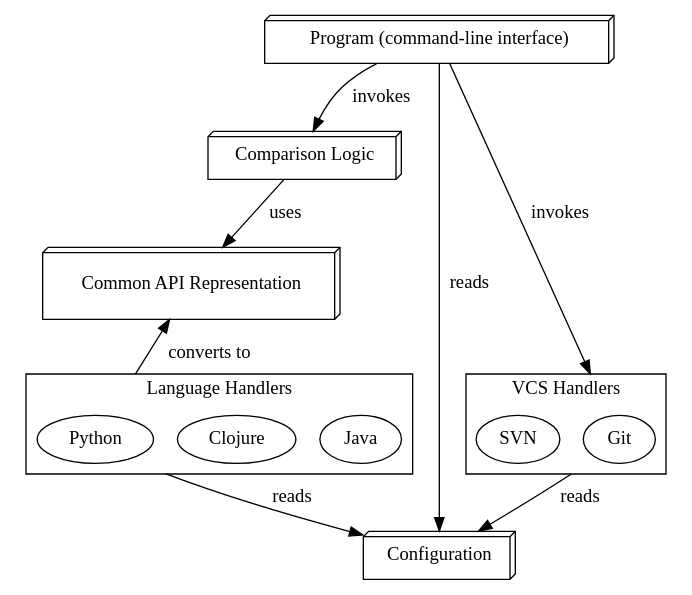
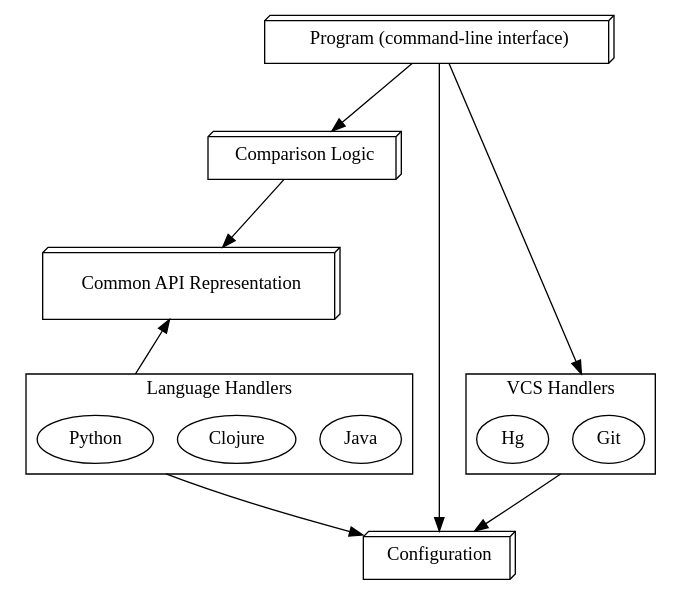
Before and after one commit to cshtarkov/autobump-dissertation: the diagram in images/dot/architecture.dot, drawn with Graphviz.

Commit message:
Remove labels from architecture diagram

```diff
--- a/images/dot/architecture.dot
+++ b/images/dot/architecture.dot
@@ -1,39 +1,39 @@
 digraph architecture {
     newrank=true;
     compound=true;
     // graph [fontsize=30];
     node [shape=box3d];
     // edge [fontsize=30];
 
     core [label="Comparison Logic",group=gm];
     common [label="\nCommon API Representation\n ",group=gm];
     program [label="Program (command-line interface)",group=gm];
     config [label="Configuration",group=gm];
 
     subgraph cluster_languages {
         label="Language Handlers"
         java [label="Java",shape=ellipse];
         clojure [label="Clojure",shape=ellipse];
         python_h [label="Python",shape=ellipse];
     }
 
     subgraph cluster_vcs {
         label="VCS Handlers"
         git_h [label="Git",shape=ellipse];
-        svn [label="SVN",shape=ellipse];
+        svn [label="Hg",shape=ellipse];
     }
 
-    program -> core [label=" invokes"]
-    program -> git_h [label=" invokes",lhead=cluster_vcs]
-    core -> common [label=" uses"]
+    program -> core [label=" "]
+    program -> git_h [label=" ",lhead=cluster_vcs]
+    core -> common [label=" "]
     core -> python_h [style=invis,minlen=2]
-    python_h -> common [label=" converts to",ltail=cluster_languages,constraint=false]
+    python_h -> common [label=" ",ltail=cluster_languages,constraint=false]
 
-    program -> config [label=" reads"]
-    python_h -> config [label=" reads",ltail=cluster_languages,constraint=false]
-    git_h -> config [label=" reads",ltail=cluster_vcs]
+    program -> config [label=" "]
+    python_h -> config [label=" ",ltail=cluster_languages,constraint=false]
+    git_h -> config [label=" ",ltail=cluster_vcs]
 
     {rank=min; program}
     {rank=same; git_h svn java clojure python_h}
 
 }
```
